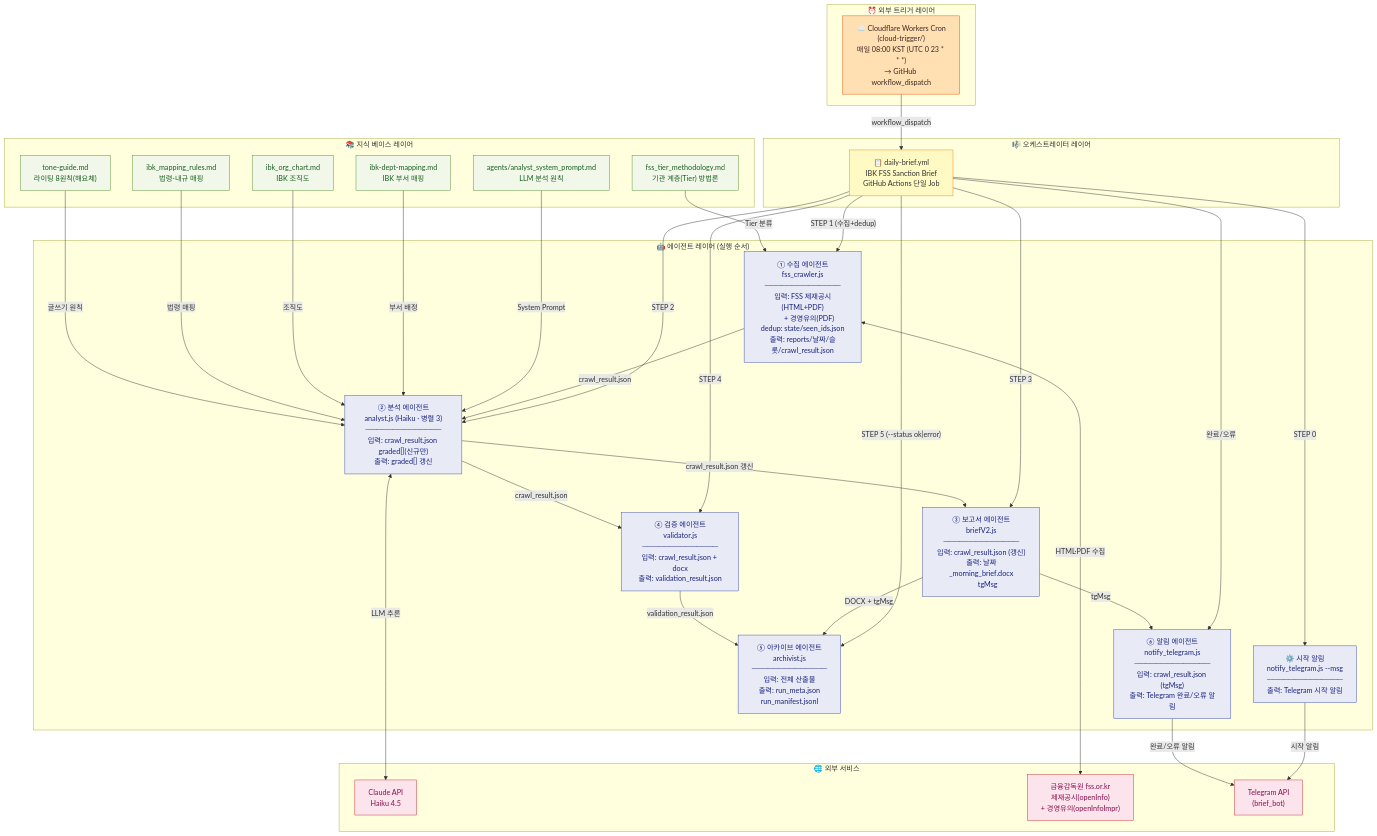
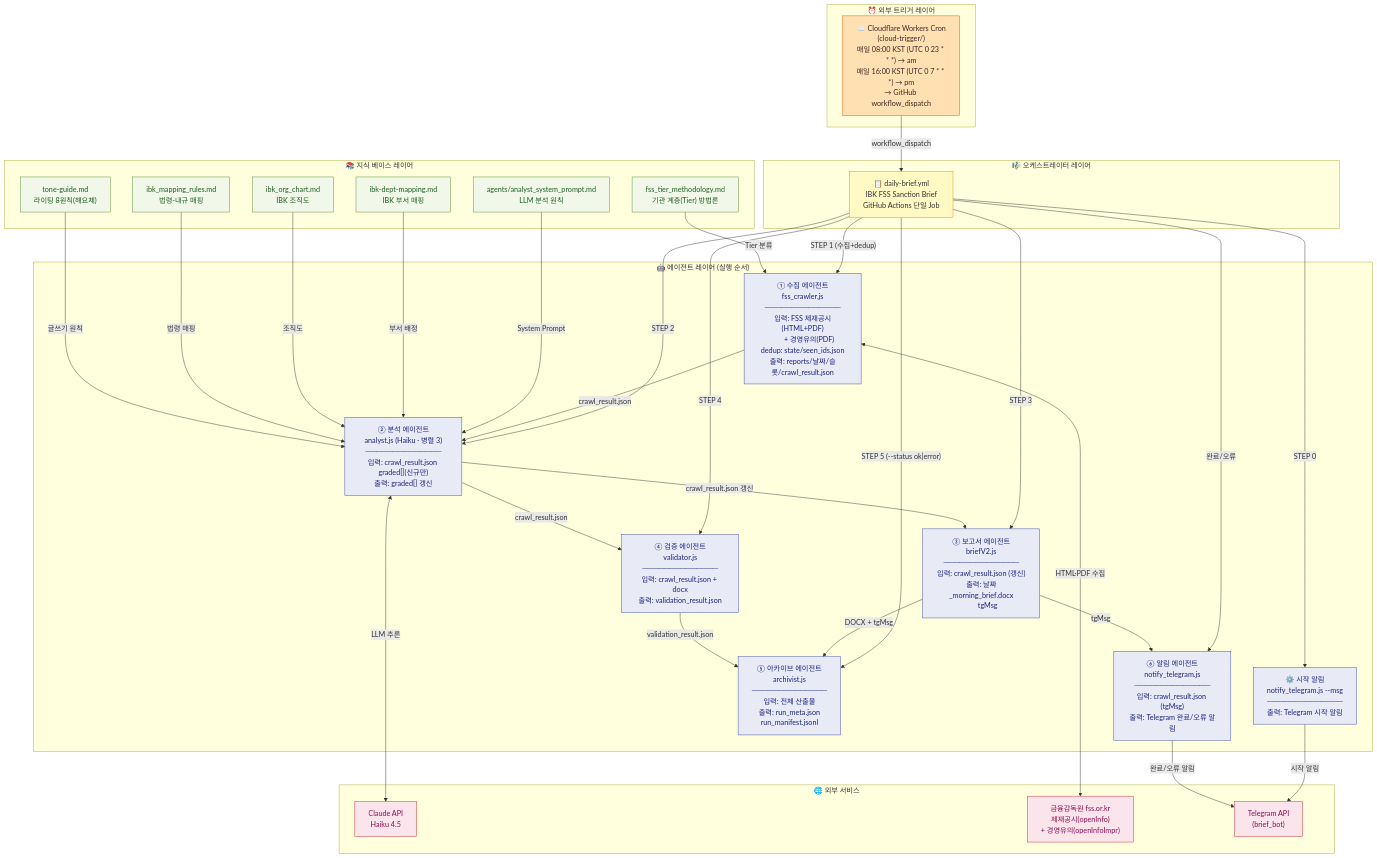
The first of 2 diagrams in docs/technical/AGENT_ORG_CHART.md (pyorocop-lang/ibk-FSS-brief), drawn with Mermaid before and after one commit. The commit also changed other lines of this file and 20 other files, not shown here.

````diff
--- a/docs/technical/AGENT_ORG_CHART.md
+++ b/docs/technical/AGENT_ORG_CHART.md
@@ -10,76 +10,76 @@
 ```mermaid
 flowchart TD
     subgraph TRIGGER["⏰ 외부 트리거 레이어"]
-        TRG1["☁️ Cloudflare Workers Cron\n(cloud-trigger/)\n매일 08:00 KST (UTC 0 23 * * *)\n→ GitHub workflow_dispatch"]
+        TRG1["☁️ Cloudflare Workers Cron\n(cloud-trigger/)\n매일 08:00 KST (UTC 0 23 * * *) → am\n매일 16:00 KST (UTC 0 7 * * *) → pm\n→ GitHub workflow_dispatch"]
     end
 
     subgraph ORCHESTRATOR["🎼 오케스트레이터 레이어"]
         ORC1["📋 daily-brief.yml\nIBK FSS Sanction Brief\nGitHub Actions 단일 Job"]
     end
 
     subgraph AGENTS["🤖 에이전트 레이어 (실행 순서)"]
         A0["⚙️ 시작 알림\nnotify_telegram.js --msg\n──────────────\n출력: Telegram 시작 알림"]
         A1["① 수집 에이전트\nfss_crawler.js\n──────────────\n입력: FSS 제재공시(HTML+PDF)\n       + 경영유의(PDF)\ndedup: state/seen_ids.json\n출력: reports/날짜/슬롯/crawl_result.json"]
         A2["② 분석 에이전트\nanalyst.js (Haiku · 병렬 3)\n──────────────\n입력: crawl_result.json graded[](신규만)\n출력: graded[] 갱신"]
         A3["③ 보고서 에이전트\nbriefV2.js\n──────────────\n입력: crawl_result.json (갱신)\n출력: 날짜_morning_brief.docx\n       tgMsg"]
         A4["④ 검증 에이전트\nvalidator.js\n──────────────\n입력: crawl_result.json + docx\n출력: validation_result.json"]
         A5["⑤ 아카이브 에이전트\narchivist.js\n──────────────\n입력: 전체 산출물\n출력: run_meta.json\n       run_manifest.jsonl"]
         A6["⑥ 알림 에이전트\nnotify_telegram.js\n──────────────\n입력: crawl_result.json (tgMsg)\n출력: Telegram 완료/오류 알림"]
     end
 
     subgraph KNOWLEDGE["📚 지식 베이스 레이어"]
         K1["agents/analyst_system_prompt.md\nLLM 분석 원칙"]
         K2["ibk-dept-mapping.md\nIBK 부서 매핑"]
         K3["ibk_org_chart.md\nIBK 조직도"]
         K4["ibk_mapping_rules.md\n법령-내규 매핑"]
         K5["fss_tier_methodology.md\n기관 계층(Tier) 방법론"]
         K6["tone-guide.md\n라이팅 8원칙(해요체)"]
     end
 
     subgraph EXTERNAL["🌐 외부 서비스"]
         EXT1["Claude API\nHaiku 4.5"]
         EXT2["금융감독원 fss.or.kr\n제재공시(openInfo)\n+ 경영유의(openInfoImpr)"]
         EXT3["Telegram API\n(brief_bot)"]
     end
 
     TRG1 -->|"workflow_dispatch"| ORC1
 
     ORC1 -->|"STEP 0"| A0
     ORC1 -->|"STEP 1 (수집+dedup)"| A1
     ORC1 -->|"STEP 2"| A2
     ORC1 -->|"STEP 3"| A3
     ORC1 -->|"STEP 4"| A4
     ORC1 -->|"STEP 5 (--status ok|error)"| A5
     ORC1 -->|"완료/오류"| A6
 
     A1 -->|"crawl_result.json"| A2
     A2 -->|"crawl_result.json 갱신"| A3
     A2 -->|"crawl_result.json"| A4
     A3 -->|"DOCX + tgMsg"| A5
     A4 -->|"validation_result.json"| A5
     A3 -->|"tgMsg"| A6
 
     K1 -->|"System Prompt"| A2
     K2 -->|"부서 배정"| A2
     K3 -->|"조직도"| A2
     K4 -->|"법령 매핑"| A2
     K5 -->|"Tier 분류"| A1
     K6 -->|"글쓰기 원칙"| A2
 
     A1 <-->|"HTML·PDF 수집"| EXT2
     A2 <-->|"LLM 추론"| EXT1
     A0 -->|"시작 알림"| EXT3
     A6 -->|"완료/오류 알림"| EXT3
 
     classDef trigger fill:#FFE0B2,stroke:#E65100,color:#3E2723
     classDef orch fill:#FFF9C4,stroke:#F57F17,color:#333
     classDef agent fill:#E8EAF6,stroke:#3949AB,color:#1A237E
     classDef knowledge fill:#F1F8E9,stroke:#558B2F,color:#1B5E20
     classDef external fill:#FCE4EC,stroke:#C62828,color:#880E4F
 
     class TRG1 trigger
     class ORC1 orch
     class A0,A1,A2,A3,A4,A5,A6 agent
     class K1,K2,K3,K4,K5,K6 knowledge
     class EXT1,EXT2,EXT3 external
 ```
````
